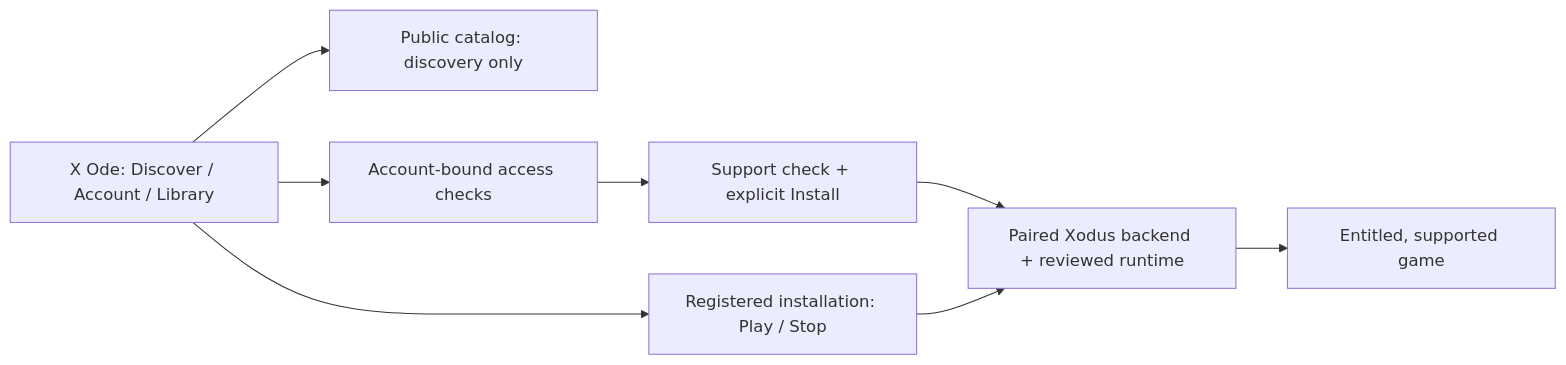
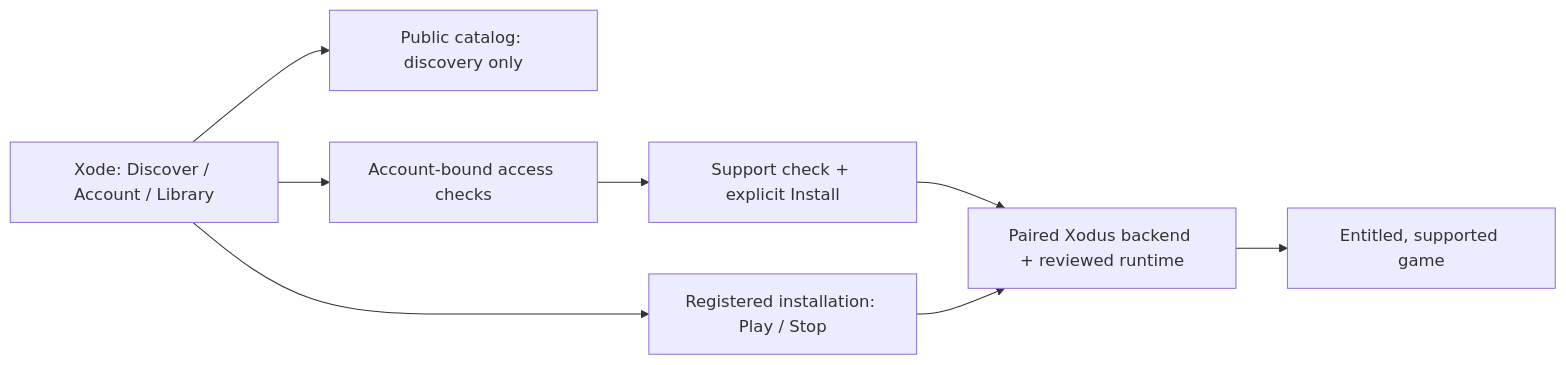
The diagram in README.md (WorkingPrinciple/xode-ui), drawn with Mermaid before and after one commit. The commit also changed other lines of this file and 2 other files, not shown here.

First line of the commit message:
Add Xode NOTICE and trademark policy (COR-186, COR-187, REQ-114)

````diff
--- a/README.md
+++ b/README.md
@@ -36,10 +38,10 @@
 ```mermaid
 flowchart LR
-    UI["X Ode: Discover / Account / Library"] --> Catalog["Public catalog: discovery only"]
+    UI["Xode: Discover / Account / Library"] --> Catalog["Public catalog: discovery only"]
     UI --> Access["Account-bound access checks"]
     Access --> Consent["Support check + explicit Install"]
     Consent --> Backend["Paired Xodus backend + reviewed runtime"]
     Backend --> Game["Entitled, supported game"]
     UI --> Registered["Registered installation: Play / Stop"]
     Registered --> Backend
 ```
````
